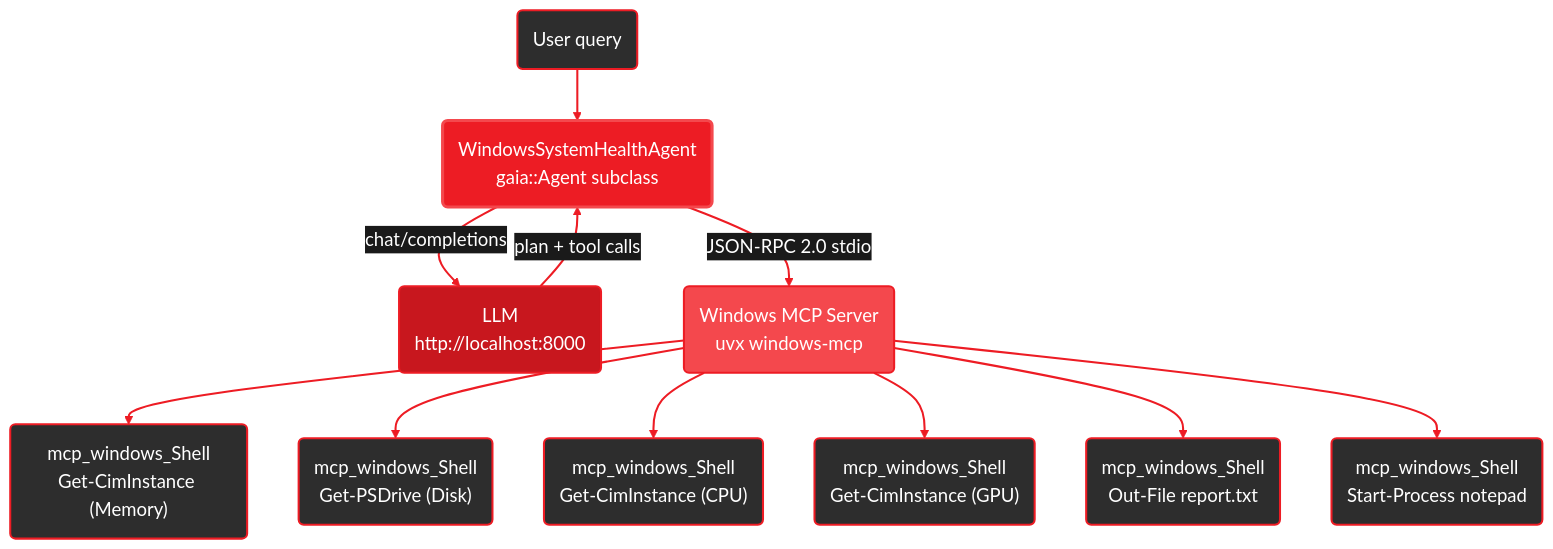
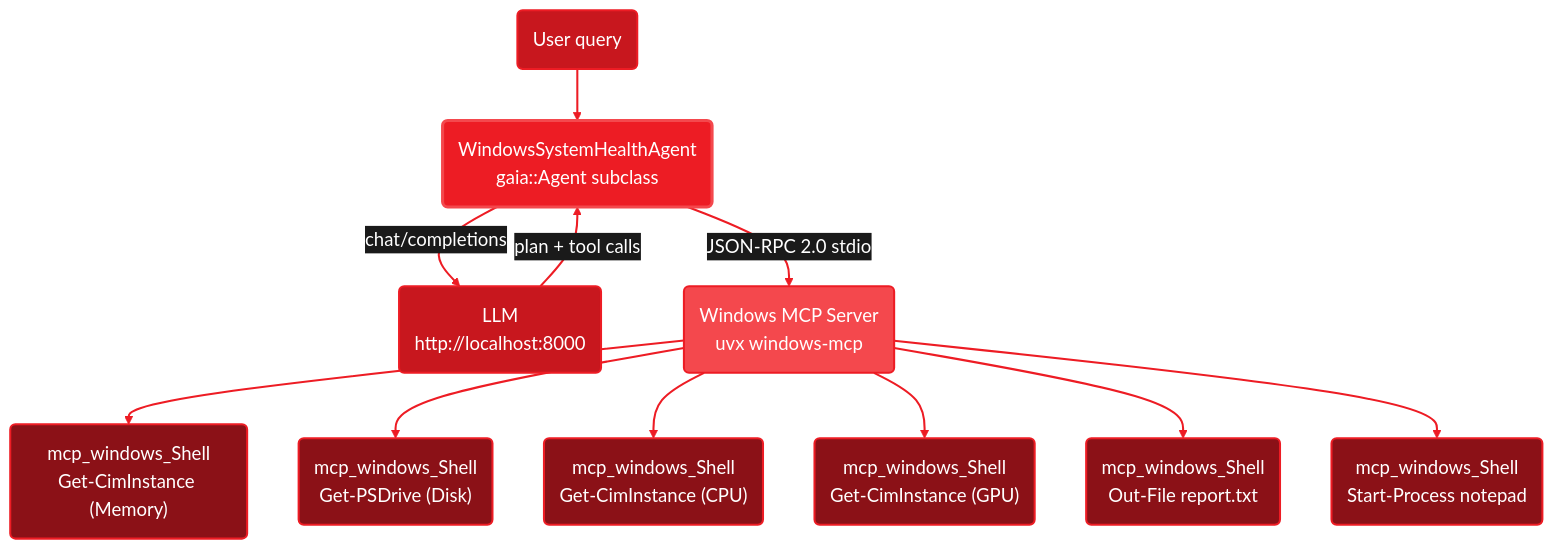
One commit to amd/gaia changed the third of 3 diagrams in docs/cpp/overview.mdx. Above: the diagram before and after it, drawn with Mermaid. The commit also changed other lines of this file and 6 other files, not shown here.

````diff
--- a/docs/cpp/overview.mdx
+++ b/docs/cpp/overview.mdx
@@ -94,33 +97,33 @@
 ```mermaid
 %%{init: {'theme':'base', 'themeVariables': { 'primaryColor':'#ED1C24', 'fontSize':'18px', 'lineColor':'#ED1C24', 'primaryTextColor':'#fff', 'edgeLabelBackground':'#1a1a1a'}, 'flowchart': {'curve': 'basis'}}}%%
 graph TB
     User("User query")
     Agent("WindowsSystemHealthAgent<br/>gaia::Agent subclass")
     LLM("LLM<br/>http://localhost:8000")
     MCP("Windows MCP Server<br/>uvx windows-mcp")
 
     User --> Agent
     Agent -->|"chat/completions"| LLM
     LLM -->|"plan + tool calls"| Agent
     Agent -->|"JSON-RPC 2.0 stdio"| MCP
 
     MCP --> Shell1("mcp_windows_Shell<br/>Get-CimInstance (Memory)")
     MCP --> Shell2("mcp_windows_Shell<br/>Get-PSDrive (Disk)")
     MCP --> Shell3("mcp_windows_Shell<br/>Get-CimInstance (CPU)")
     MCP --> Shell4("mcp_windows_Shell<br/>Get-CimInstance (GPU)")
     MCP --> FileWrite("mcp_windows_Shell<br/>Out-File report.txt")
     MCP --> Notepad("mcp_windows_Shell<br/>Start-Process notepad")
 
-    style User fill:#2d2d2d,stroke:#ED1C24,stroke-width:2px,color:#fff
+    style User fill:#C8171E,stroke:#ED1C24,stroke-width:2px,color:#fff
     style Agent fill:#ED1C24,stroke:#F4484D,stroke-width:3px,color:#fff
     style LLM fill:#C8171E,stroke:#ED1C24,stroke-width:2px,color:#fff
     style MCP fill:#F4484D,stroke:#ED1C24,stroke-width:2px,color:#fff
-    style Shell1 fill:#2d2d2d,stroke:#ED1C24,stroke-width:2px,color:#fff
-    style Shell2 fill:#2d2d2d,stroke:#ED1C24,stroke-width:2px,color:#fff
-    style Shell3 fill:#2d2d2d,stroke:#ED1C24,stroke-width:2px,color:#fff
-    style Shell4 fill:#2d2d2d,stroke:#ED1C24,stroke-width:2px,color:#fff
-    style FileWrite fill:#2d2d2d,stroke:#ED1C24,stroke-width:2px,color:#fff
-    style Notepad fill:#2d2d2d,stroke:#ED1C24,stroke-width:2px,color:#fff
+    style Shell1 fill:#8B1117,stroke:#ED1C24,stroke-width:2px,color:#fff
+    style Shell2 fill:#8B1117,stroke:#ED1C24,stroke-width:2px,color:#fff
+    style Shell3 fill:#8B1117,stroke:#ED1C24,stroke-width:2px,color:#fff
+    style Shell4 fill:#8B1117,stroke:#ED1C24,stroke-width:2px,color:#fff
+    style FileWrite fill:#8B1117,stroke:#ED1C24,stroke-width:2px,color:#fff
+    style Notepad fill:#8B1117,stroke:#ED1C24,stroke-width:2px,color:#fff
 
     linkStyle default stroke:#ED1C24,stroke-width:2px
 ```
````
